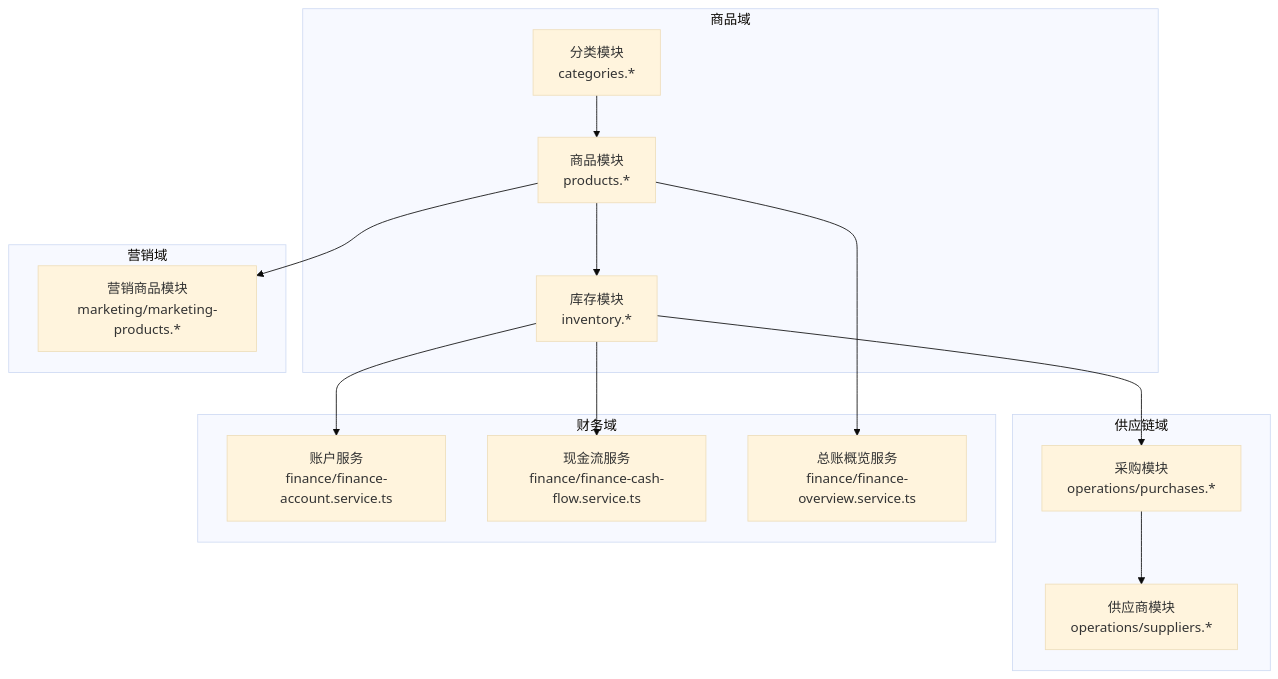
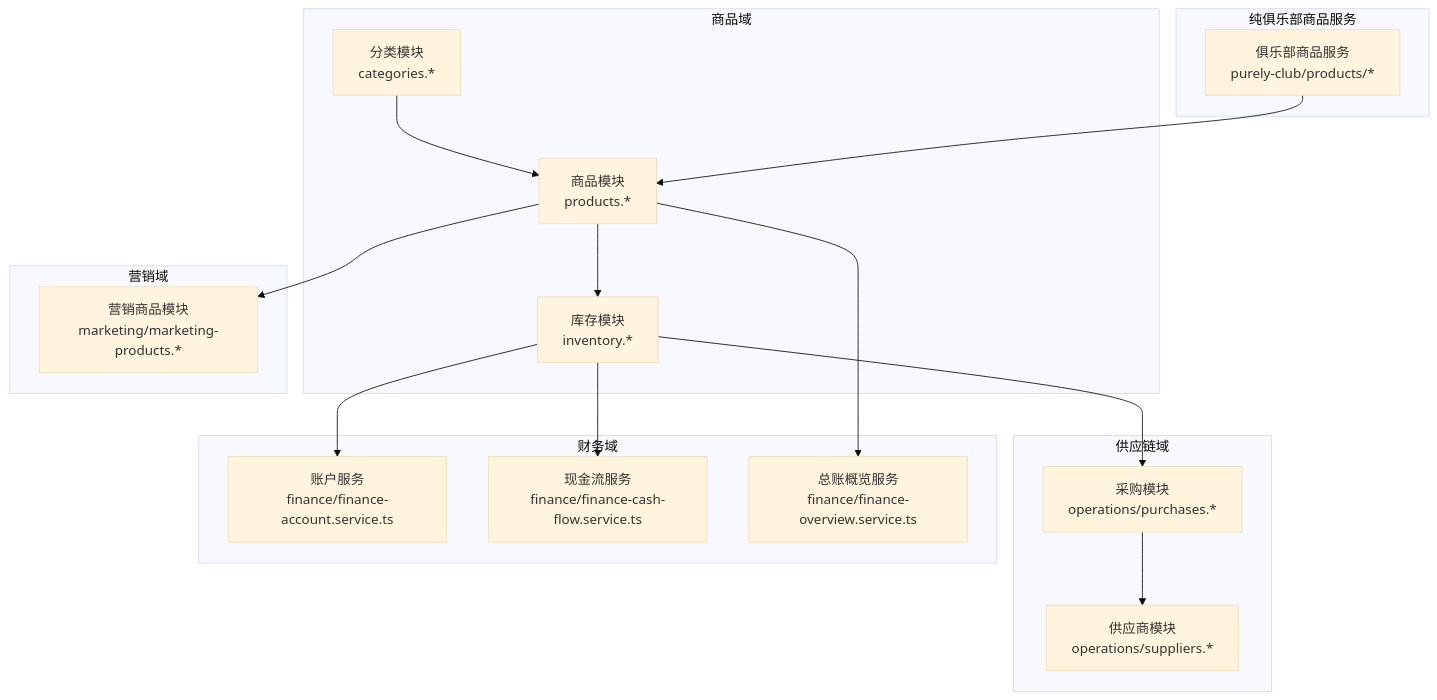
One commit to rc558620/purelyprofit-server changed the first of 8 diagrams in .qoder/repowiki/zh/content/业务模块/商品管理模块.md. Above: the diagram before and after it, drawn with Mermaid (base theme). The commit also changed other lines of this file and 14 other files, not shown here.

````diff
--- a/.qoder/repowiki/zh/content/业务模块/商品管理模块.md
+++ b/.qoder/repowiki/zh/content/业务模块/商品管理模块.md
@@ -58,28 +63,32 @@
 ```mermaid
 graph TB
 subgraph "商品域"
 CAT["分类模块<br/>categories.*"]
 PRD["商品模块<br/>products.*"]
 INV["库存模块<br/>inventory.*"]
 end
 subgraph "供应链域"
 PUR["采购模块<br/>operations/purchases.*"]
 SUP["供应商模块<br/>operations/suppliers.*"]
 end
 subgraph "营销域"
 MKT["营销商品模块<br/>marketing/marketing-products.*"]
 end
 subgraph "财务域"
 FINACC["账户服务<br/>finance/finance-account.service.ts"]
 FINCF["现金流服务<br/>finance/finance-cash-flow.service.ts"]
 FINOV["总账概览服务<br/>finance/finance-overview.service.ts"]
 end
+subgraph "纯俱乐部商品服务"
+CLUB["俱乐部商品服务<br/>purely-club/products/*"]
+end
 CAT --> PRD
 PRD --> INV
 PRD --> MKT
 INV --> PUR
 PUR --> SUP
 INV --> FINACC
 INV --> FINCF
 PRD --> FINOV
+CLUB --> PRD
 ```
````
